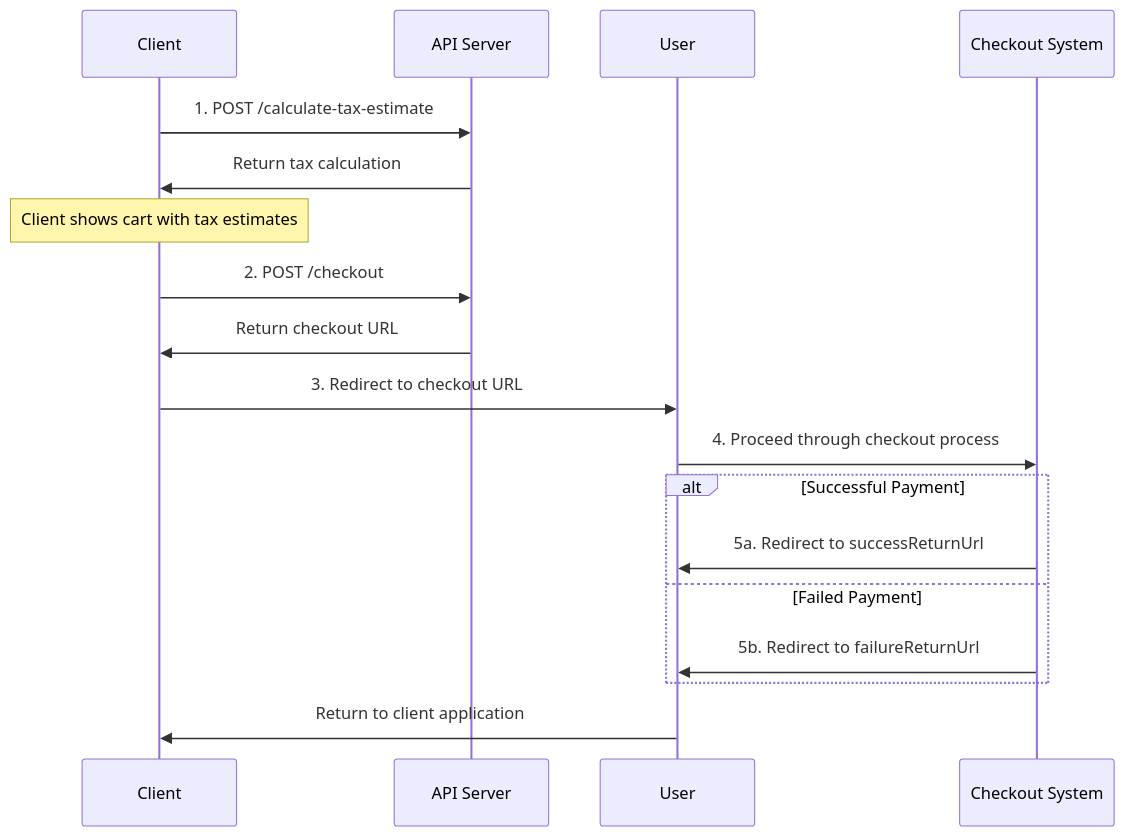
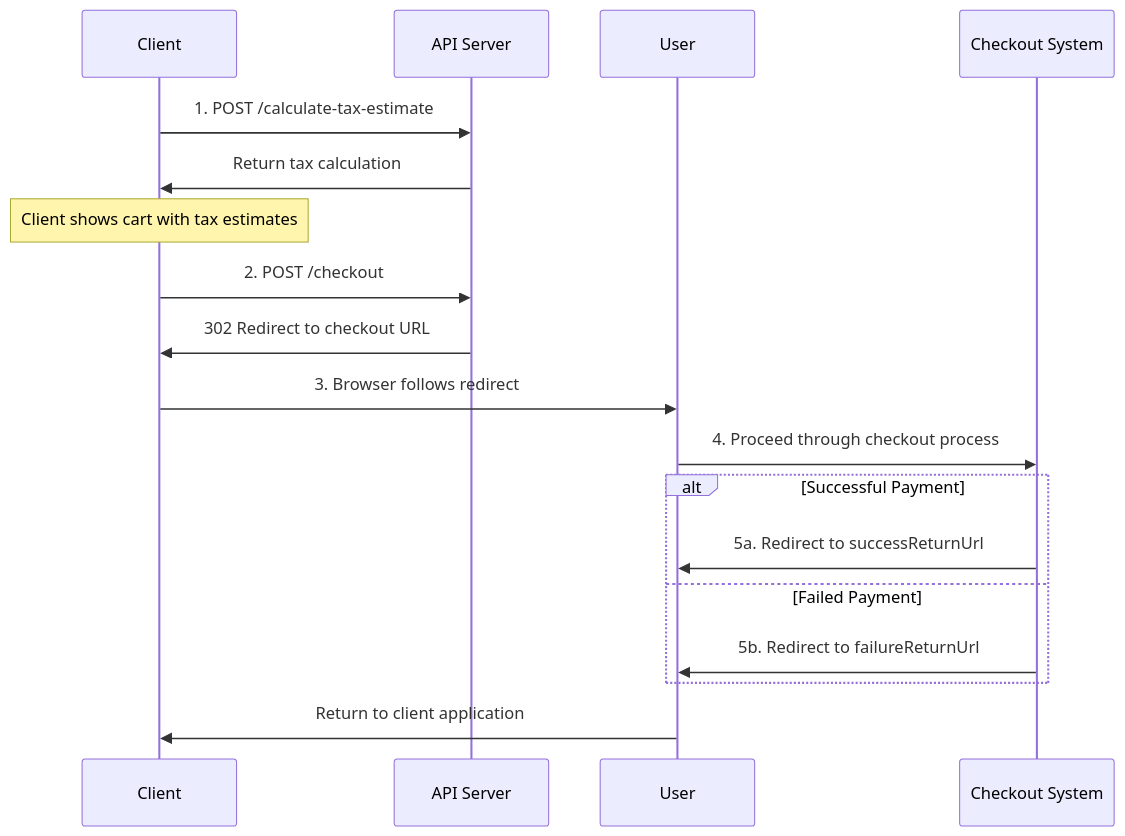
One commit to standard-parts-toolkit/mor_checkout_docs changed the diagram in api-specification.md. Above: the diagram before and after it, drawn with Mermaid. The commit also changed other lines of this file and 2 other files, not shown here.

Commit message:
Updating API Specs to correctly reflect 302 redirect reponse & adding example php API client example.

````diff
--- a/api-specification.md
+++ b/api-specification.md
@@ -36,25 +36,25 @@
 ```mermaid
 sequenceDiagram
     participant Client
     participant API as API Server
     participant User
     participant Checkout as Checkout System
     
     Client->>API: 1. POST /calculate-tax-estimate
     API->>Client: Return tax calculation
     Note over Client: Client shows cart with tax estimates
     
     Client->>API: 2. POST /checkout
-    API->>Client: Return checkout URL
+    API->>Client: 302 Redirect to checkout URL
     
-    Client->>User: 3. Redirect to checkout URL
+    Client->>User: 3. Browser follows redirect
     User->>Checkout: 4. Proceed through checkout process
     
     alt Successful Payment
         Checkout->>User: 5a. Redirect to successReturnUrl
     else Failed Payment
         Checkout->>User: 5b. Redirect to failureReturnUrl
     end
     
     User->>Client: Return to client application
 ```
````
